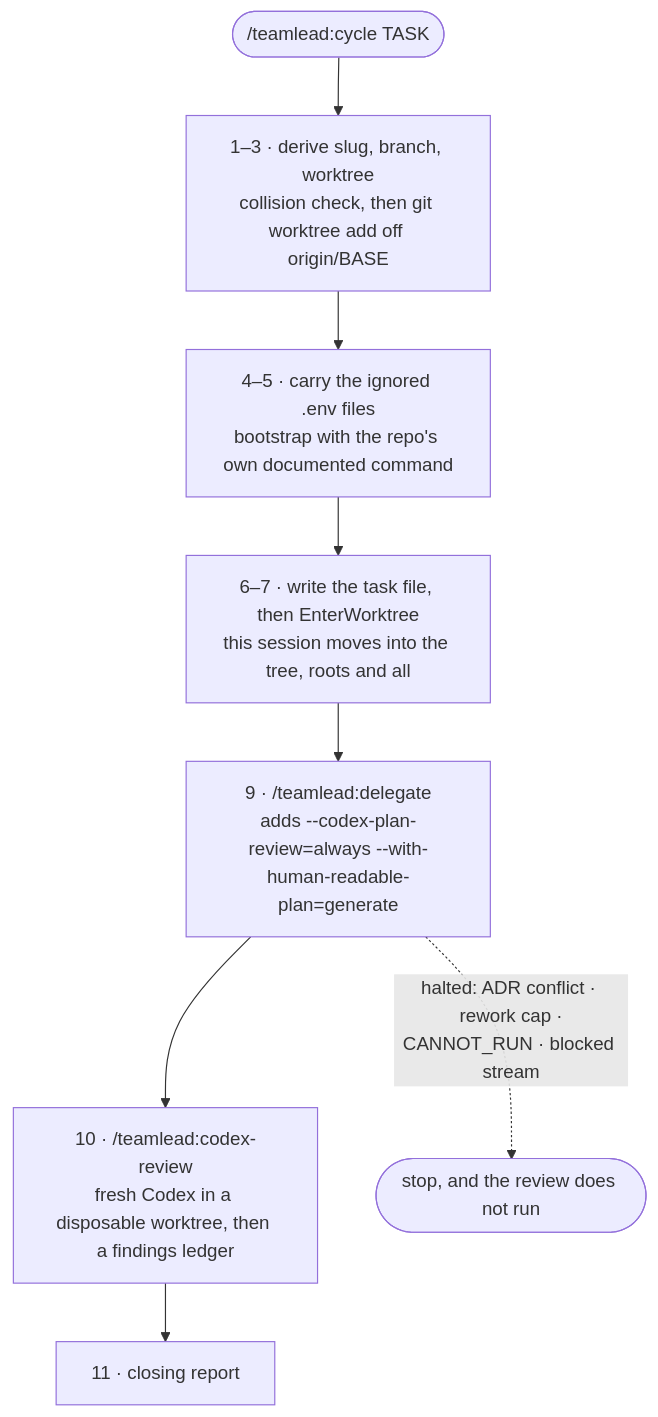
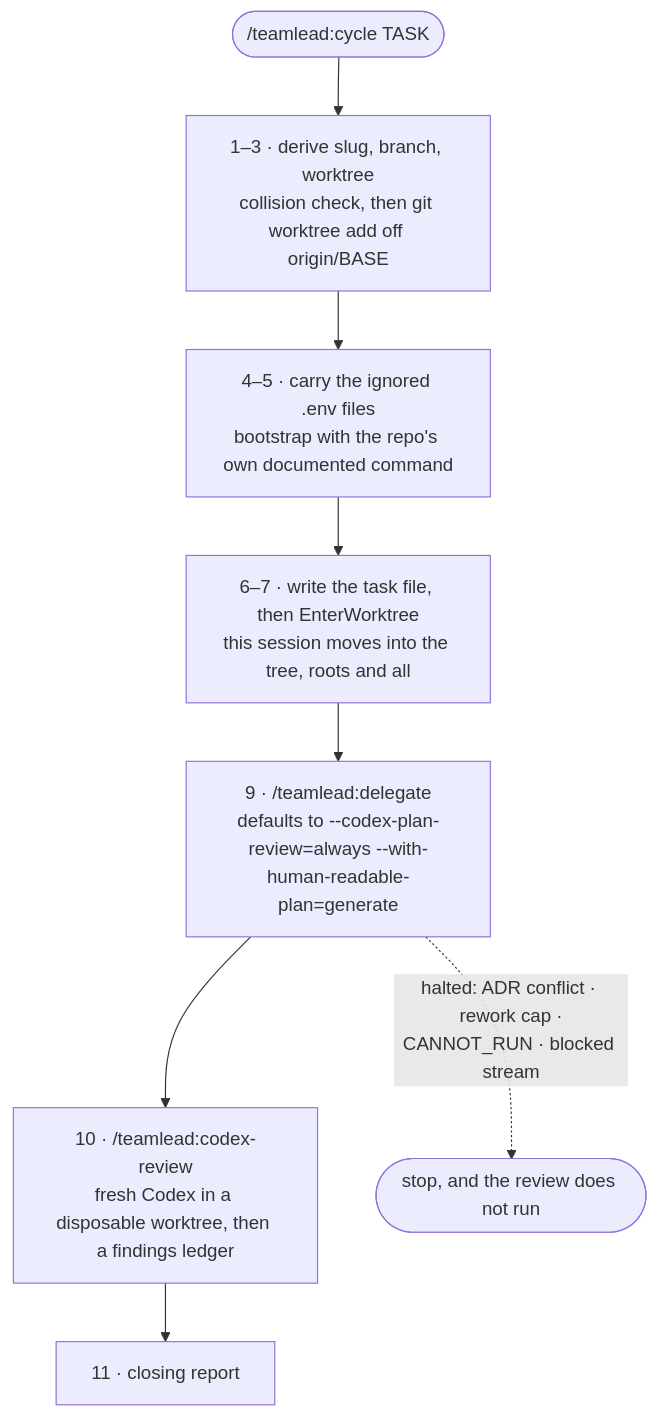
The second of 2 diagrams in README.md (tp4k/claude-teamlead), drawn with Mermaid before and after one commit. The commit also changed other lines of this file and 26 other files, not shown here.

````diff
--- a/README.md
+++ b/README.md
@@ -146,10 +124,10 @@
 ```mermaid
 flowchart TD
     C(["/teamlead:cycle TASK"]) --> W["1–3 · derive slug, branch, worktree<br/>collision check, then git worktree add off origin/BASE"]
     W --> B["4–5 · carry the ignored .env files<br/>bootstrap with the repo's own documented command"]
     B --> M["6–7 · write the task file, then EnterWorktree<br/>this session moves into the tree, roots and all"]
-    M --> D["9 · /teamlead:delegate<br/>adds --codex-plan-review=always --with-human-readable-plan=generate"]
+    M --> D["9 · /teamlead:delegate<br/>defaults to --codex-plan-review=always --with-human-readable-plan=generate"]
     D --> R["10 · /teamlead:codex-review<br/>fresh Codex in a disposable worktree, then a findings ledger"]
     R --> F["11 · closing report"]
     D -.->|"halted: ADR conflict · rework cap ·<br/>CANNOT_RUN · blocked stream"| X(["stop, and the review does not run"])
 ```
````
